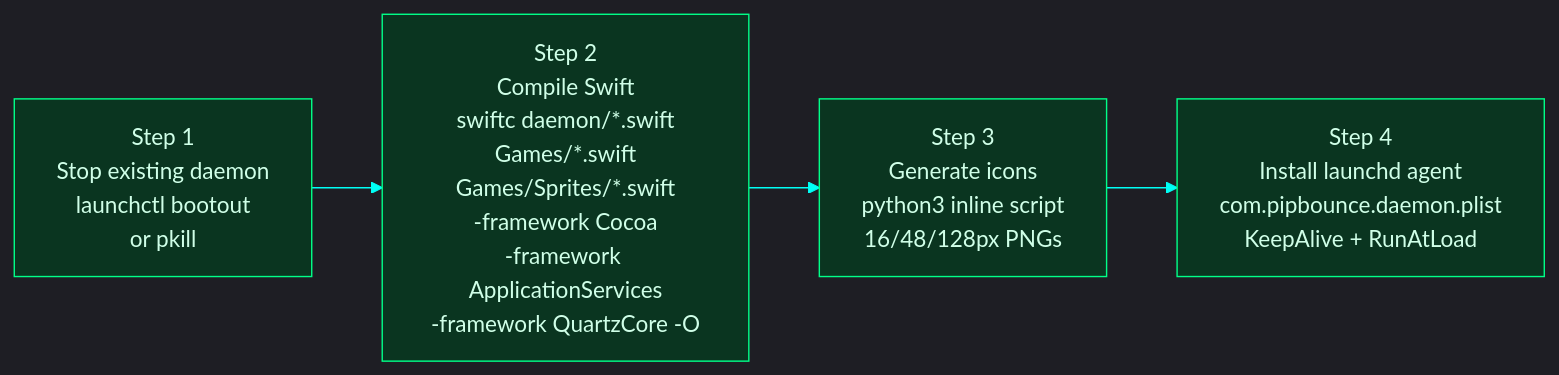
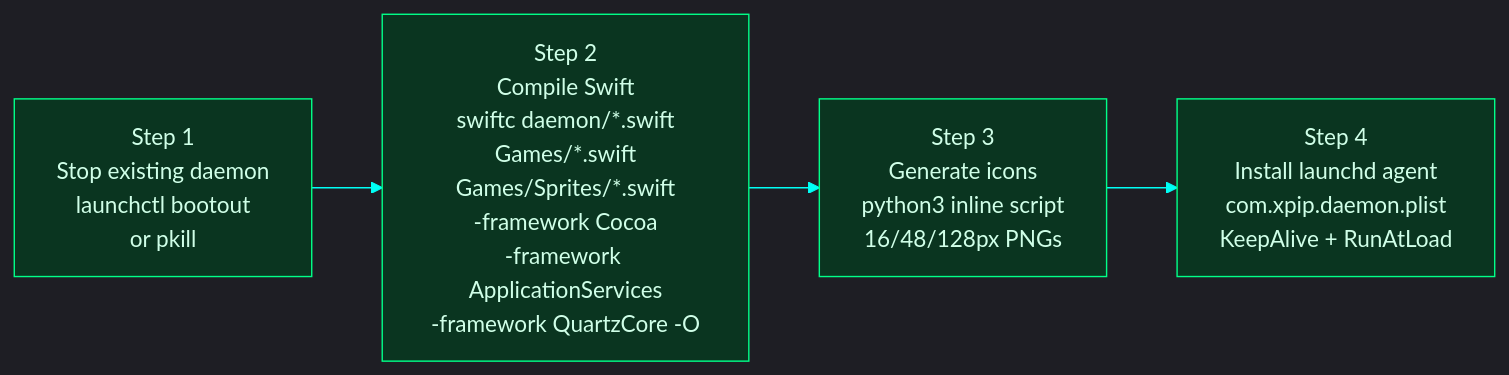
Before and after one commit to colours93/pipbounce: the fourth of 9 diagrams in README.md, drawn with Mermaid. The commit also changed other lines of this file and 21 other files, not shown here.

Commit message:
Rebrand pipbounce to xpip across daemon, extension, docs, and tooling

````diff
--- a/README.md
+++ b/README.md
@@ -222,10 +222,10 @@
 ```mermaid
 %%{init: {'theme': 'dark', 'themeVariables': {'primaryColor': '#0a3520', 'primaryTextColor': '#00ff88', 'primaryBorderColor': '#00ff88', 'lineColor': '#00fff5', 'secondaryColor': '#0a2540', 'tertiaryColor': '#1a0a3e', 'edgeLabelBackground': '#111', 'clusterBkg': '#0d0d14', 'clusterBorder': '#2a2a3a', 'titleColor': '#fafafa', 'nodeTextColor': '#fafafa'}}}%%
 flowchart LR
     classDef step fill:#0a3520,stroke:#00ff88,color:#d0ffe8
     classDef detail fill:#0a2540,stroke:#00fff5,color:#d0f4ff
 
     A["Step 1\nStop existing daemon\nlaunchctl bootout\nor pkill"]:::step --> B["Step 2\nCompile Swift\nswiftc daemon/*.swift\nGames/*.swift\nGames/Sprites/*.swift\n-framework Cocoa\n-framework ApplicationServices\n-framework QuartzCore -O"]:::step
     B --> C["Step 3\nGenerate icons\npython3 inline script\n16/48/128px PNGs"]:::step
-    C --> D["Step 4\nInstall launchd agent\ncom.pipbounce.daemon.plist\nKeepAlive + RunAtLoad"]:::step
+    C --> D["Step 4\nInstall launchd agent\ncom.xpip.daemon.plist\nKeepAlive + RunAtLoad"]:::step
 ```
````
